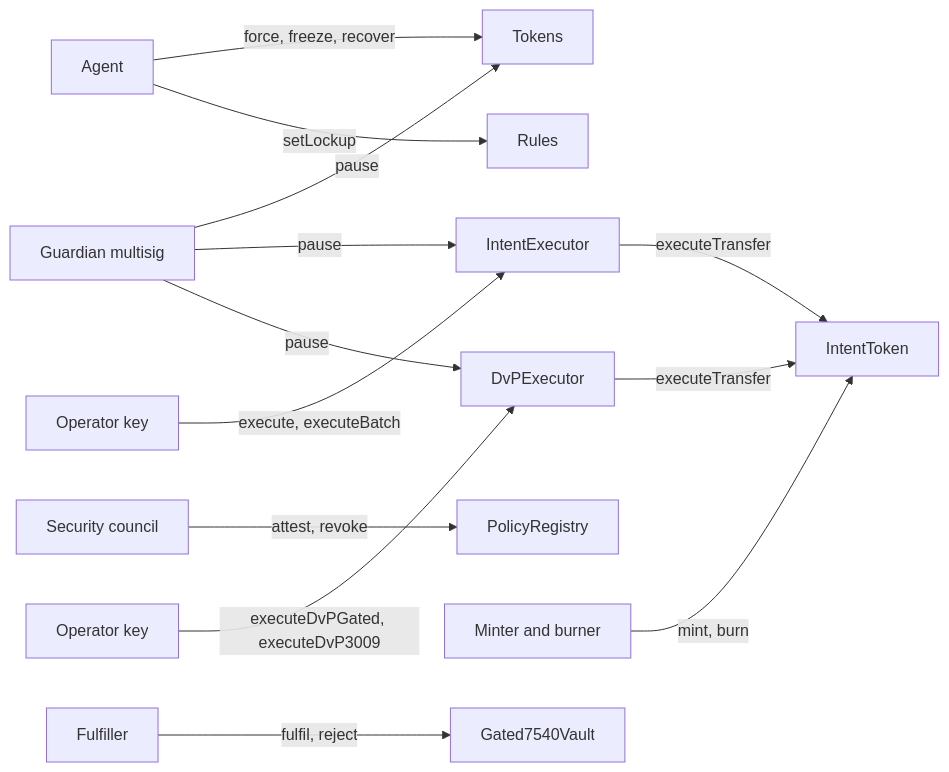
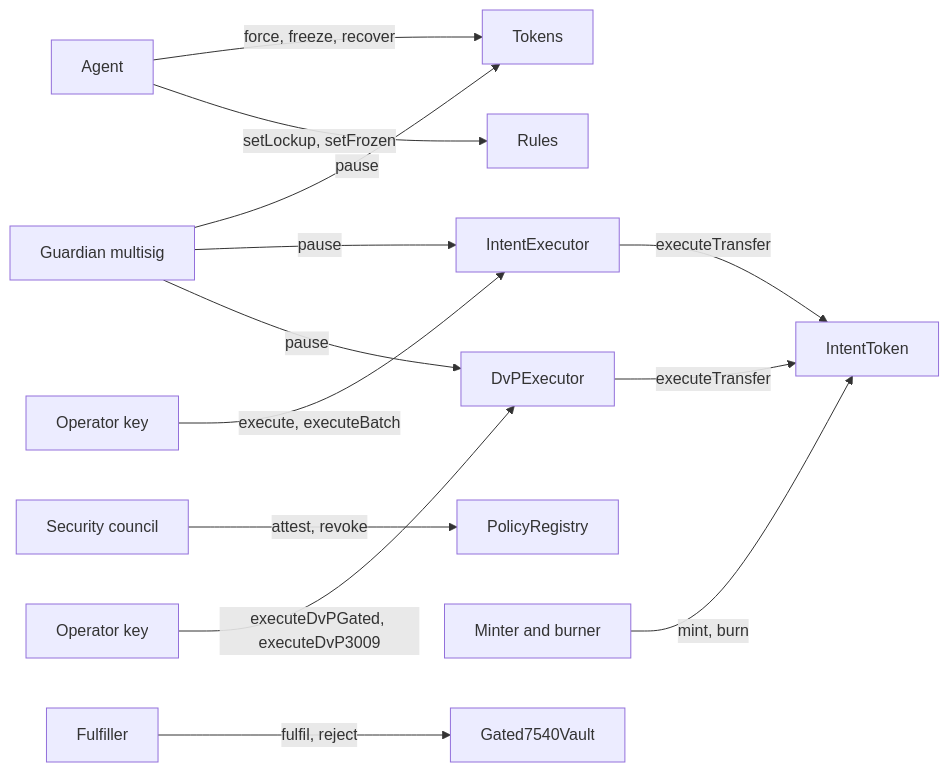
The second of 2 diagrams in docs/roles.md (fepvenancio/rwa-token), drawn with Mermaid before and after one commit. The commit also changed other lines of this file and 13 other files, not shown here.

````diff
--- a/docs/roles.md
+++ b/docs/roles.md
@@ -78,15 +77,15 @@
 ```mermaid
 flowchart LR
   Guard["Guardian multisig"] -->|"pause"| Tokens["Tokens"]
   Guard -->|"pause"| Exec["IntentExecutor"]
   Guard -->|"pause"| DvP["DvPExecutor"]
   Agent["Agent"] -->|"force, freeze, recover"| Tokens
-  Agent -->|"setLockup"| Rules["Rules"]
+  Agent -->|"setLockup, setFrozen"| Rules["Rules"]
   Council["Security council"] -->|"attest, revoke"| Reg["PolicyRegistry"]
   Issuer["Minter and burner"] -->|"mint, burn"| IT["IntentToken"]
   Op["Operator key"] -->|"execute, executeBatch"| Exec
   Exec -->|"executeTransfer"| IT
   OpD["Operator key"] -->|"executeDvPGated, executeDvP3009"| DvP
   DvP -->|"executeTransfer"| IT
   Bank["Fulfiller"] -->|"fulfil, reject"| V7["Gated7540Vault"]
 ```
````
